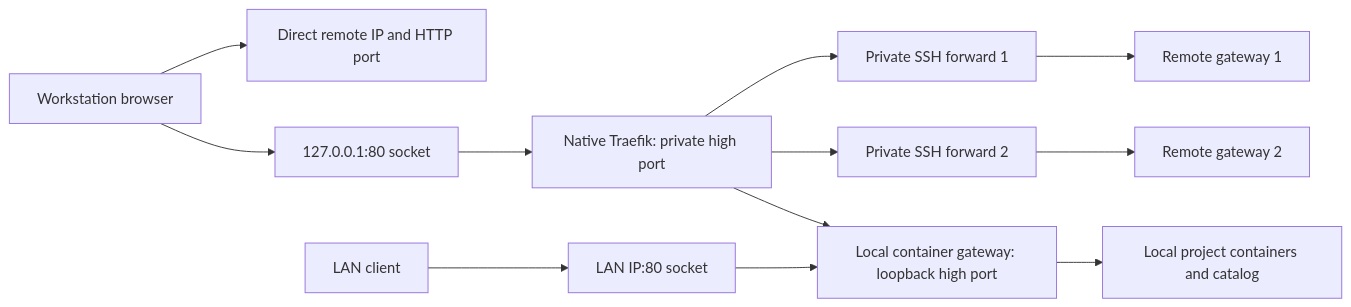
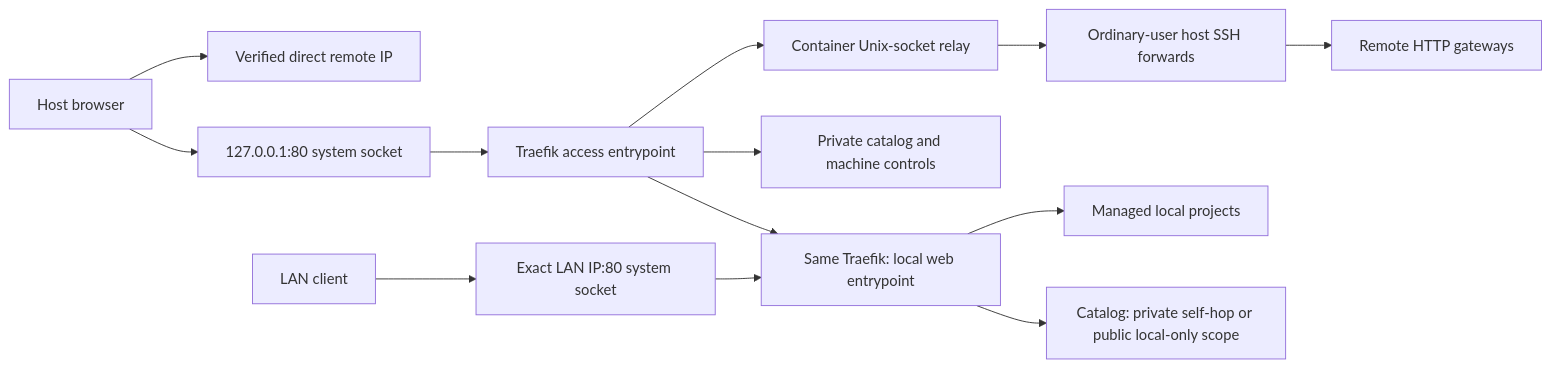
Before and after one commit to ylang-ylang/portmap: the diagram in docs/architecture.md, drawn with Mermaid. The commit also changed other lines of this file and 63 other files, not shown here.

````diff
--- a/docs/architecture.md
+++ b/docs/architecture.md
@@ -88,14 +88,15 @@
 ```mermaid
 flowchart LR
-  Browser[Workstation browser] --> Direct[Direct remote IP and HTTP port]
-  Browser --> Private[127.0.0.1:80 socket]
-  Private --> Native[Native Traefik: private high port]
-  Native --> SSH1[Private SSH forward 1]
-  Native --> SSH2[Private SSH forward 2]
-  Native --> Backend[Local container gateway: loopback high port]
-  LAN[LAN client] --> Public[LAN IP:80 socket]
-  Public --> Backend
-  SSH1 --> Remote1[Remote gateway 1]
-  SSH2 --> Remote2[Remote gateway 2]
-  Backend --> Projects[Local project containers and catalog]
+  Browser[Host browser] --> Direct[Verified direct remote IP]
+  Browser --> Private[127.0.0.1:80 system socket]
+  Private --> Access[Traefik access entrypoint]
+  Access --> Relay[Container Unix-socket relay]
+  Relay --> SSH[Ordinary-user host SSH forwards]
+  SSH --> Remotes[Remote HTTP gateways]
+  Access --> PrivateCatalog[Private catalog and machine controls]
+  Access --> Web[Same Traefik: local web entrypoint]
+  LAN[LAN client] --> Public[Exact LAN IP:80 system socket]
+  Public --> Web
+  Web --> Projects[Managed local projects]
+  Web --> Catalog[Catalog: private self-hop or public local-only scope]
 ```
````
